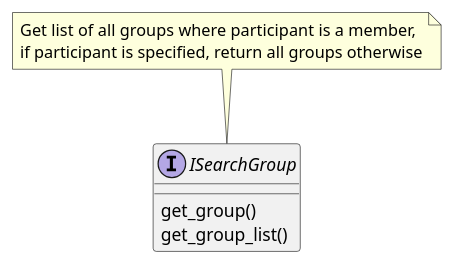
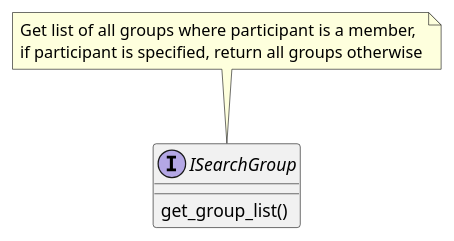
Diagram 14 of 14 in doc/notes_interfaces.org (bugagashen6ka/quark), drawn with PlantUML before and after one commit. The commit also changed other lines of this file and 4 other files, not shown here.

```diff
--- a/doc/notes_interfaces.org
+++ b/doc/notes_interfaces.org
@@ -98,15 +113,14 @@
   #+begin_src plantuml :file ./isearch_group.png
   interface ISearchGroup {
-    get_group()
     get_group_list()
   }
 
   
   note as N 
     Get list of all groups where participant is a member,
     if participant is specified, return all groups otherwise
   end note
 
   N .. ISearchGroup
 
   #+end_src
```
